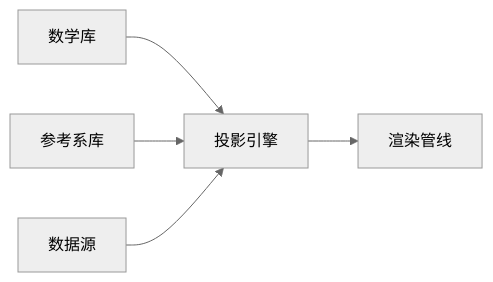
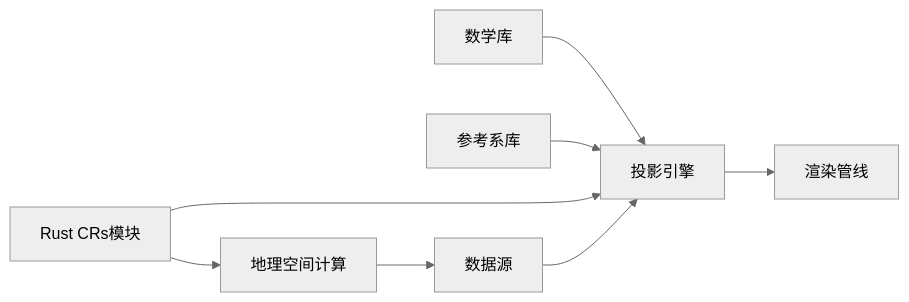
Before and after one commit to rzhangjing/cesium: the seventh of 7 diagrams in .qoder/repowiki/zh/content/项目概述/核心特性/地理空间数据处理/投影变换.md, drawn with Mermaid (neutral theme). The commit also changed other lines of this file and 74 other files, not shown here.

````diff
--- a/.qoder/repowiki/zh/content/项目概述/核心特性/地理空间数据处理/投影变换.md
+++ b/.qoder/repowiki/zh/content/项目概述/核心特性/地理空间数据处理/投影变换.md
@@ -234,7 +266,10 @@
 ```mermaid
 graph LR
 Math["数学库"] --> Proj["投影引擎"]
 Ref["参考系库"] --> Proj
+CRS["Rust CRs模块"] --> Proj
 Data["数据源"] --> Proj
 Proj --> Render["渲染管线"]
+CRS --> GeoSpatial["地理空间计算"]
+GeoSpatial --> Data
 ```
````
